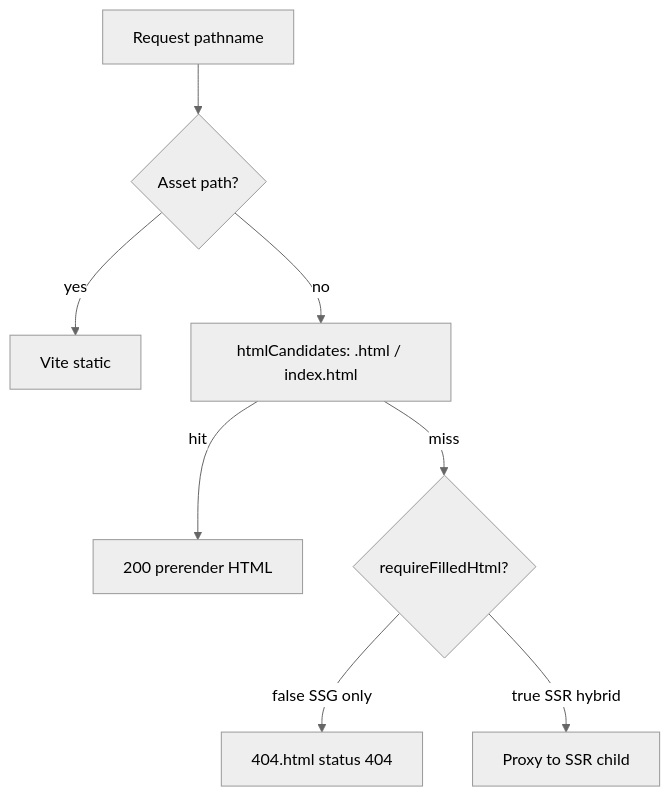
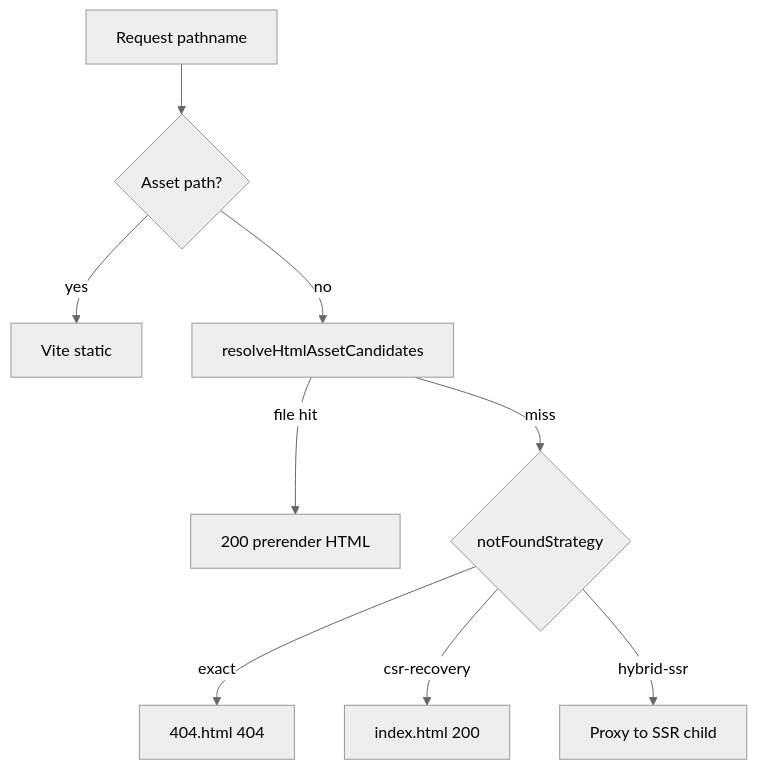
The first of 2 diagrams in docs/v2/19-static-404-and-host-fallback-strategies.md (kirujs/kiru), drawn with Mermaid (neutral theme) before and after one commit. The commit also changed other lines of this file and 15 other files, not shown here.

First line of the commit message:
Implement configurable not-found strategies for Vite preview and SSR

````diff
--- a/docs/v2/19-static-404-and-host-fallback-strategies.md
+++ b/docs/v2/19-static-404-and-host-fallback-strategies.md
@@ -61,10 +90,11 @@
 ```mermaid
 flowchart TD
   req[Request pathname] --> assets{Asset path?}
   assets -->|yes| vite[Vite static]
-  assets -->|no| candidates["htmlCandidates: .html / index.html"]
-  candidates -->|hit| ok200[200 prerender HTML]
-  candidates -->|miss| hybrid{requireFilledHtml?}
-  hybrid -->|false SSG only| nf404["404.html status 404"]
-  hybrid -->|true SSR hybrid| ssr[Proxy to SSR child]
+  assets -->|no| candidates[resolveHtmlAssetCandidates]
+  candidates -->|file hit| ok200[200 prerender HTML]
+  candidates -->|miss| strategy{notFoundStrategy}
+  strategy -->|exact| nf404["404.html 404"]
+  strategy -->|csr-recovery| index200["index.html 200"]
+  strategy -->|hybrid-ssr| ssr[Proxy to SSR child]
 ```
````
